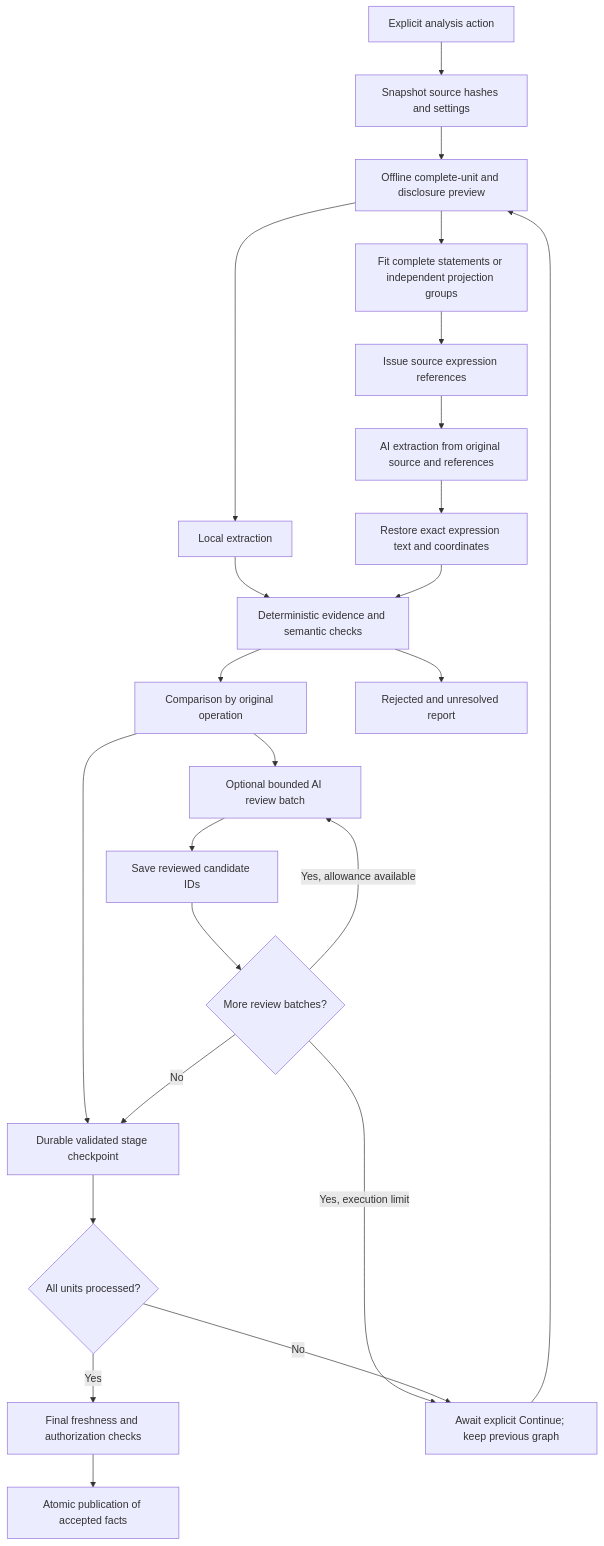
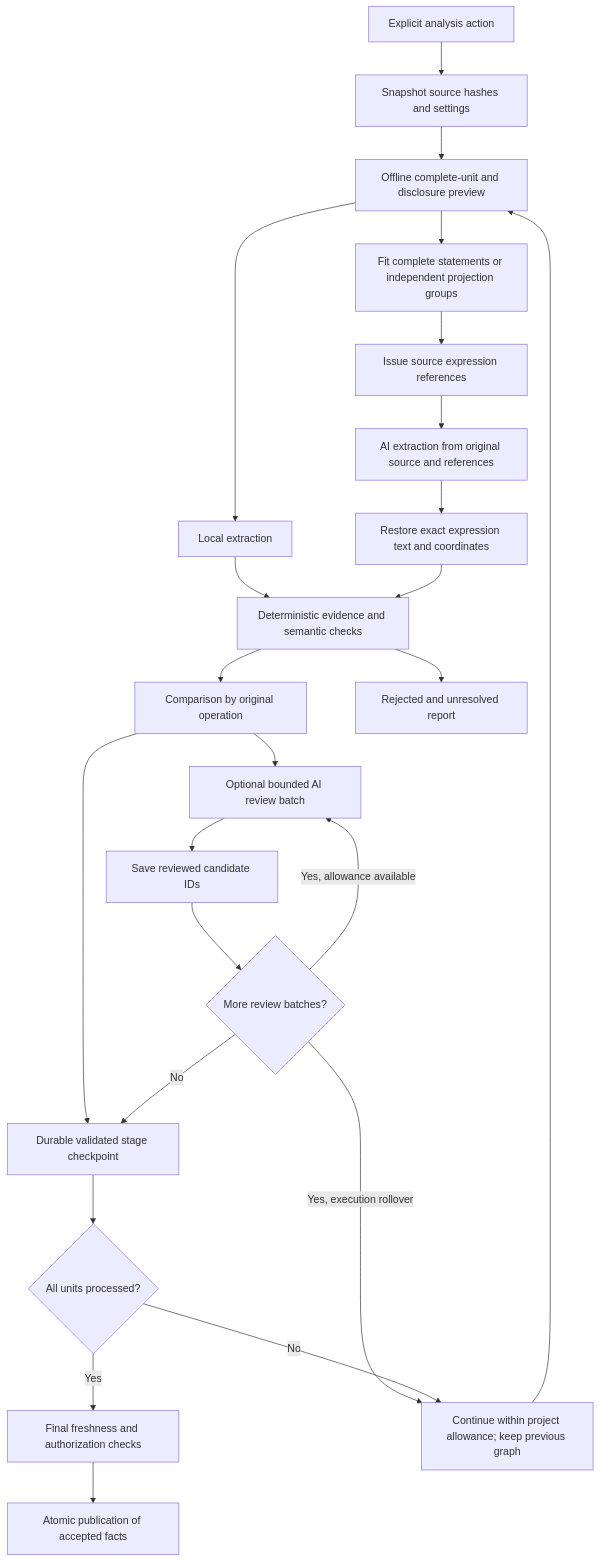
One commit to SahasilAK/GraveTrail changed the diagram in docs/AI_ANALYSIS.md. Above: the diagram before and after it, drawn with Mermaid. The commit also changed other lines of this file and 29 other files, not shown here.

````diff
--- a/docs/AI_ANALYSIS.md
+++ b/docs/AI_ANALYSIS.md
@@ -56,27 +57,27 @@
 ```mermaid
 flowchart TD
     A[Explicit analysis action] --> B[Snapshot source hashes and settings]
     B --> C[Offline complete-unit and disclosure preview]
     C --> D[Local extraction]
     C --> P[Fit complete statements or independent projection groups]
     P --> Q[Issue source expression references]
     Q --> E[AI extraction from original source and references]
     E --> X[Restore exact expression text and coordinates]
     D --> F[Deterministic evidence and semantic checks]
     X --> F
     F --> G[Comparison by original operation]
     G --> H[Optional bounded AI review batch]
     G --> L
     I[Final freshness and authorization checks]
     H --> R[Save reviewed candidate IDs]
     R --> S{More review batches?}
     S -->|Yes, allowance available| H
-    S -->|Yes, execution limit| N
+    S -->|Yes, execution rollover| N
     S -->|No| L[Durable validated stage checkpoint]
     L --> M{All units processed?}
-    M -->|No| N[Await explicit Continue; keep previous graph]
+    M -->|No| N[Continue within project allowance; keep previous graph]
     N --> C
     M -->|Yes| I
     I --> J[Atomic publication of accepted facts]
     F --> K[Rejected and unresolved report]
 ```
````
